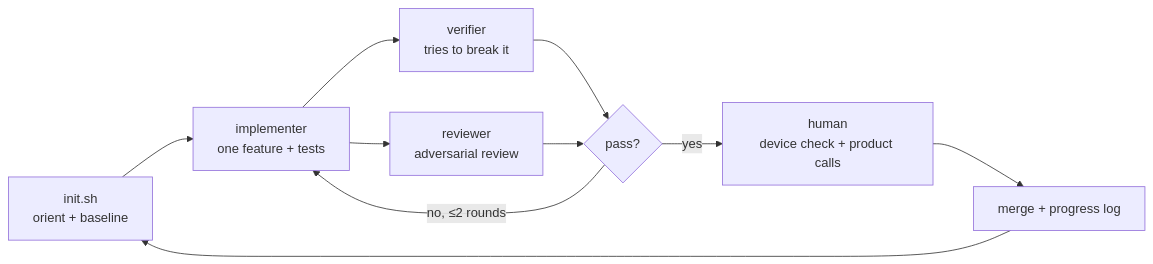
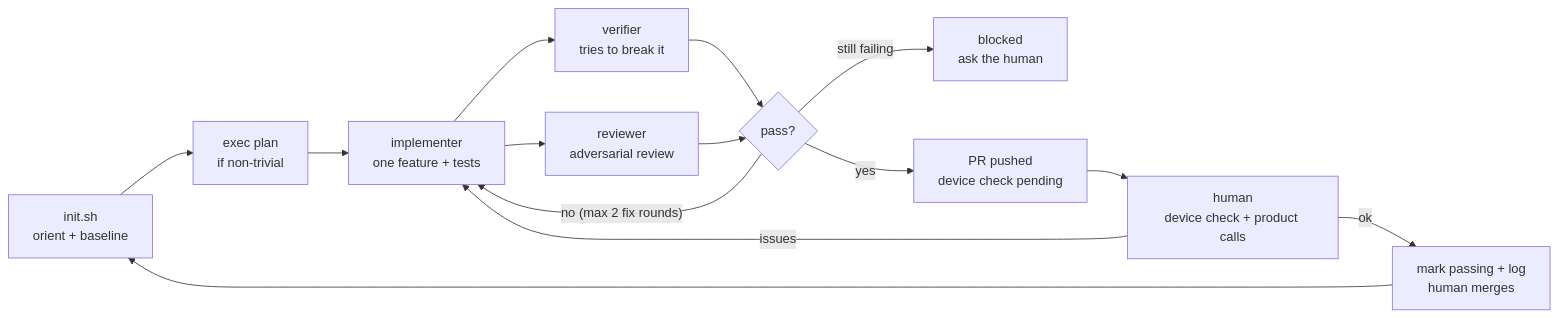
Before and after one commit to sammy143/reminders-app: the diagram in README.md, drawn with Mermaid. The commit also changed other lines of this file and 4 other files, not shown here.

Commit message:
docs: real iPhone screenshots, corrected loop diagram, maybe-roadmap from mockups, links

````diff
--- a/README.md
+++ b/README.md
@@ -126,12 +126,16 @@
 ```mermaid
 flowchart LR
-  I[init.sh<br/>orient + baseline] --> B[implementer<br/>one feature + tests]
+  I[init.sh<br/>orient + baseline] --> P[exec plan<br/>if non-trivial]
+  P --> B[implementer<br/>one feature + tests]
   B --> V[verifier<br/>tries to break it]
   B --> R[reviewer<br/>adversarial review]
   V --> F{pass?}
   R --> F
-  F -- no, ≤2 rounds --> B
-  F -- yes --> H[human<br/>device check + product calls]
-  H --> M[merge + progress log]
+  F -- "no (max 2 fix rounds)" --> B
+  F -- "still failing" --> X[blocked<br/>ask the human]
+  F -- yes --> PR[PR pushed<br/>device check pending]
+  PR --> H[human<br/>device check + product calls]
+  H -- issues --> B
+  H -- ok --> M[mark passing + log<br/>human merges]
   M --> I
 ```
````
